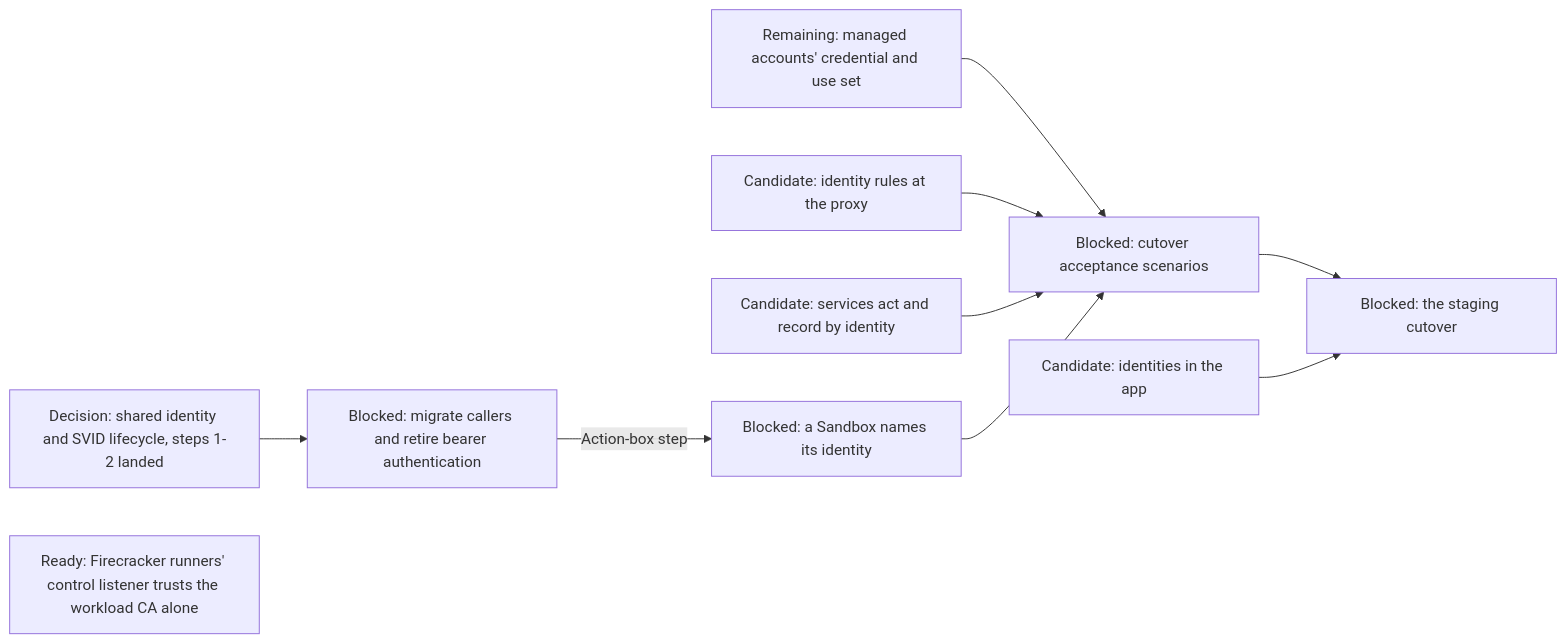
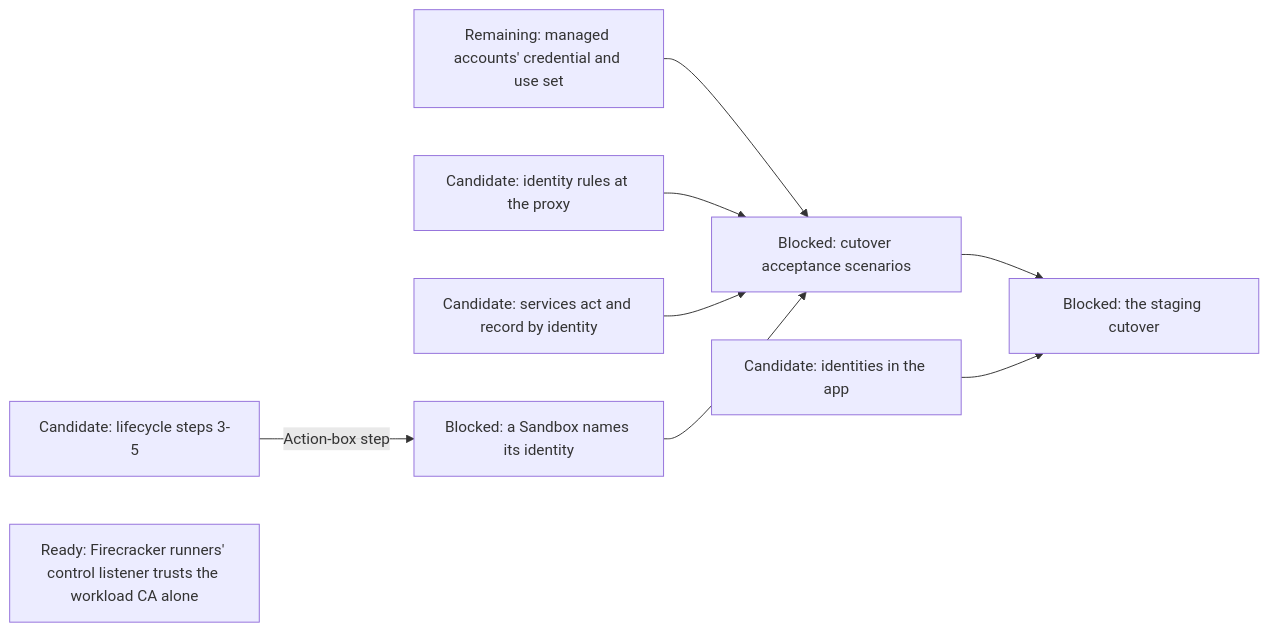
One commit to agentydragon/ducktape changed diagram 17 of 19 in agentplane/plans/task_dag.md. Above: the diagram before and after it, drawn with Mermaid. The commit also changed other lines of this file and 1 other file, not shown here.

First line of the commit message:
agentplane/plans: retire the decided workload identity lifecycle node

````diff
--- a/agentplane/plans/task_dag.md
+++ b/agentplane/plans/task_dag.md
@@ -3016,16 +3016,16 @@
 ```mermaid
 flowchart LR
     POLICY_GRANTS[Remaining: managed accounts' credential and use set]
     EGRESS_IDENTITY_RULES[Candidate: identity rules at the proxy]
     SERVICES_IDENTITY_PRINCIPAL[Candidate: services act and record by identity]
     APP_IDENTITIES_UI[Candidate: identities in the app]
-    WORKLOAD_IDENTITY_LIFECYCLE_DESIGN[Decision: shared identity and SVID lifecycle, steps 1-2 landed] --> WORKLOAD_AUTH_CUTOVER[Blocked: migrate callers and retire bearer authentication]
+    WORKLOAD_AUTH_CUTOVER[Candidate: lifecycle steps 3-5]
     WORKLOAD_AUTH_CUTOVER -->|Action-box step| SANDBOX_IDENTITY_SPEC[Blocked: a Sandbox names its identity]
     WORKLOAD_CA_CLIENT_TRUST[Ready: Firecracker runners' control listener trusts the workload CA alone]
     POLICY_GRANTS --> IDENTITY_SYSTEM_TESTS[Blocked: cutover acceptance scenarios]
     EGRESS_IDENTITY_RULES --> IDENTITY_SYSTEM_TESTS
     SERVICES_IDENTITY_PRINCIPAL --> IDENTITY_SYSTEM_TESTS
     SANDBOX_IDENTITY_SPEC --> IDENTITY_SYSTEM_TESTS
     IDENTITY_SYSTEM_TESTS --> IDENTITY_CUTOVER[Blocked: the staging cutover]
     APP_IDENTITIES_UI --> IDENTITY_CUTOVER
 ```
````
